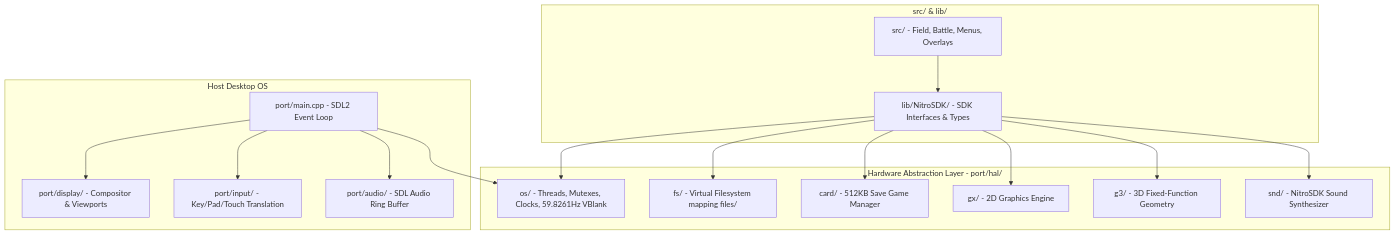
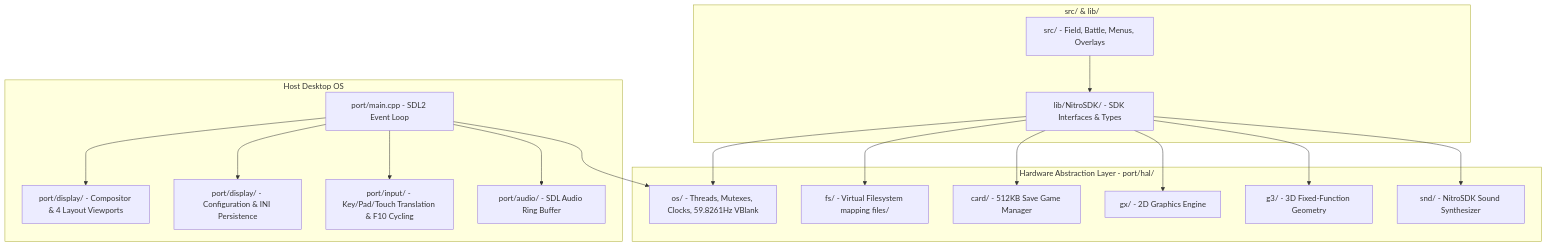
One commit to SegantinDavi/pokeheartgold changed the diagram in ARCHITECTURE.md. Above: the diagram before and after it, drawn with Mermaid. The commit also changed other lines of this file and 6 other files, not shown here.

````diff
--- a/ARCHITECTURE.md
+++ b/ARCHITECTURE.md
@@ -9,35 +9,37 @@
 ```mermaid
 graph TD
     subgraph Host Application [Host Desktop OS]
         Main[port/main.cpp - SDL2 Event Loop]
-        DisplayMgr[port/display/ - Compositor & Viewports]
-        InputMgr[port/input/ - Key/Pad/Touch Translation]
+        DisplayMgr[port/display/ - Compositor & 4 Layout Viewports]
+        DisplayConfig[port/display/ - Configuration & INI Persistence]
+        InputMgr[port/input/ - Key/Pad/Touch Translation & F10 Cycling]
         AudioBackend[port/audio/ - SDL Audio Ring Buffer]
     end
 
     subgraph Native HAL [Hardware Abstraction Layer - port/hal/]
         HAL_OS[os/ - Threads, Mutexes, Clocks, 59.8261Hz VBlank]
         HAL_FS[fs/ - Virtual Filesystem mapping files/]
         HAL_CARD[card/ - 512KB Save Game Manager]
         HAL_GX[gx/ - 2D Graphics Engine]
         HAL_G3[g3/ - 3D Fixed-Function Geometry]
         HAL_SND[snd/ - NitroSDK Sound Synthesizer]
     end
 
     subgraph Decompiled Core [src/ & lib/]
         GameLogic[src/ - Field, Battle, Menus, Overlays]
         NitroSDK[lib/NitroSDK/ - SDK Interfaces & Types]
     end
 
     Main --> DisplayMgr
+    Main --> DisplayConfig
     Main --> InputMgr
     Main --> AudioBackend
     Main --> HAL_OS
     NitroSDK --> HAL_OS
     NitroSDK --> HAL_FS
     NitroSDK --> HAL_CARD
     NitroSDK --> HAL_GX
     NitroSDK --> HAL_G3
     NitroSDK --> HAL_SND
     GameLogic --> NitroSDK
 ```
````
